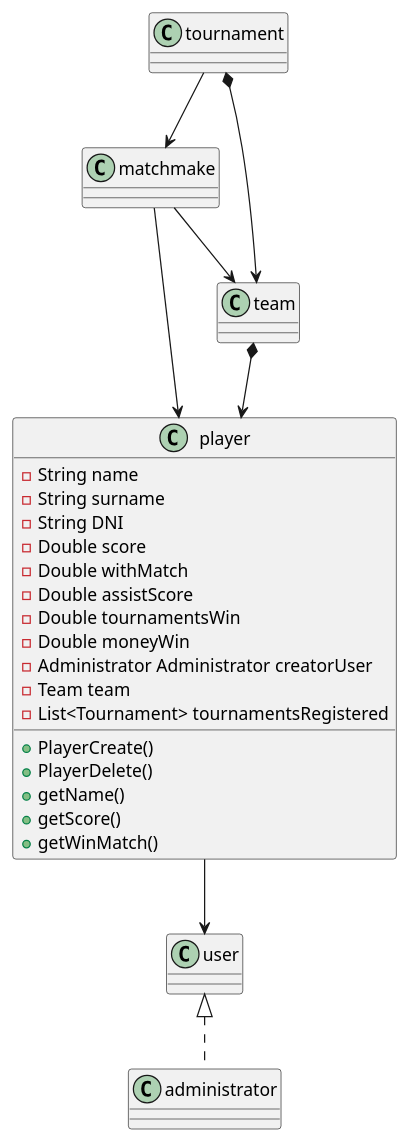
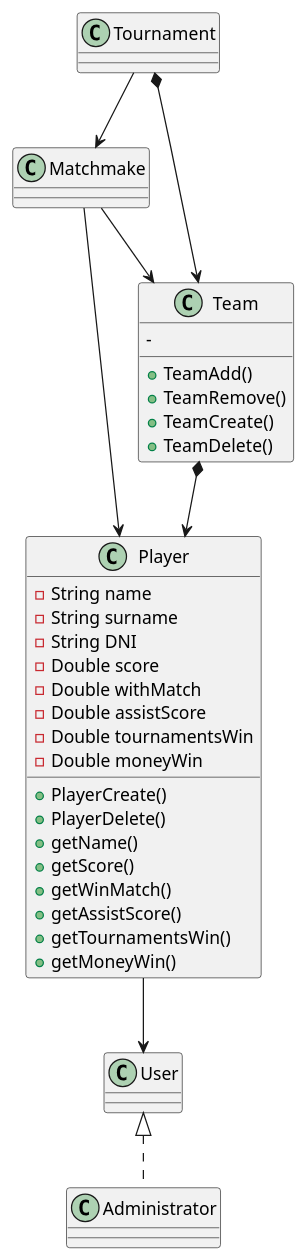
Before and after one commit to CarrotAsh/SportsManagement: the diagram in src/Class Diagram.puml, drawn with PlantUML.

Commit message:
Update Class Diagram.puml

```diff
--- a/src/Class Diagram.puml
+++ b/src/Class Diagram.puml
@@ -1,55 +1,58 @@
 @startuml
 
-class tournament{
+class Tournament{
 
 
 }
 
-class player{
+class Player{
    + PlayerCreate()
    + PlayerDelete()
    + getName()
    + getScore()
    + getWinMatch()
+   + getAssistScore()
+   + getTournamentsWin()
+   + getMoneyWin()
    - String name
    - String surname
    - String DNI
    - Double score
    - Double withMatch
    - Double assistScore
    - Double tournamentsWin
    - Double moneyWin
-   - Administrator Administrator creatorUser
-   - Team team
-   - List<Tournament> tournamentsRegistered
 }
 
-class matchmake{
+class Matchmake{
 
 
 }
 
-class team{
+class Team{
+    + TeamAdd()
+    + TeamRemove()
+    + TeamCreate()
+    + TeamDelete()
+    -
+}
+
+class User{
 
 
 }
 
-class user{
+class Administrator{
 
 
 }
 
-class administrator{
-
-
-}
-
-tournament *-down-> team
-team *-down-> player
-player -down-> user
-tournament -down-> matchmake
-matchmake -down-> team
-matchmake -down-> player
-user <|.down. administrator
+Tournament *-down-> Team
+Team *-down-> Player
+Player -down-> User
+Tournament -down-> Matchmake
+Matchmake -down-> Team
+Matchmake -down-> Player
+User <|.down. Administrator
 
 @enduml
```
